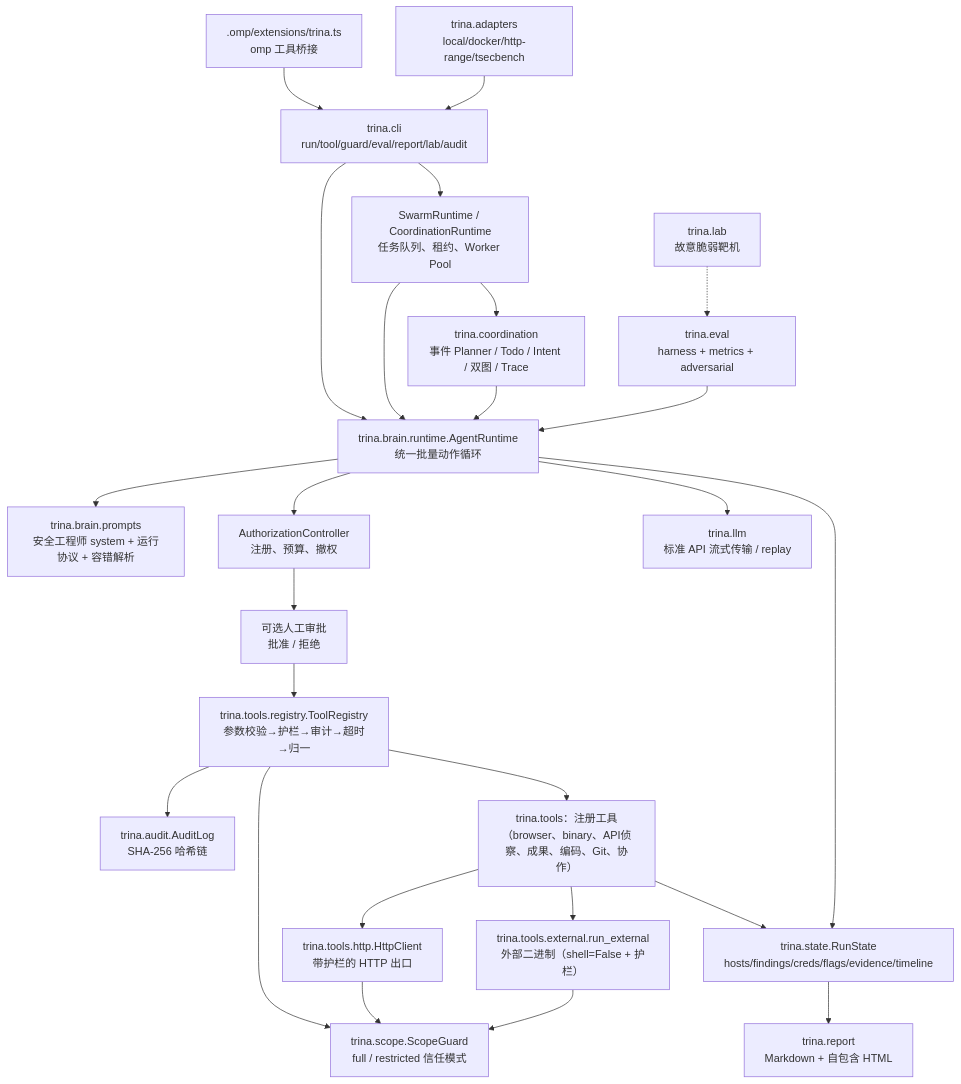
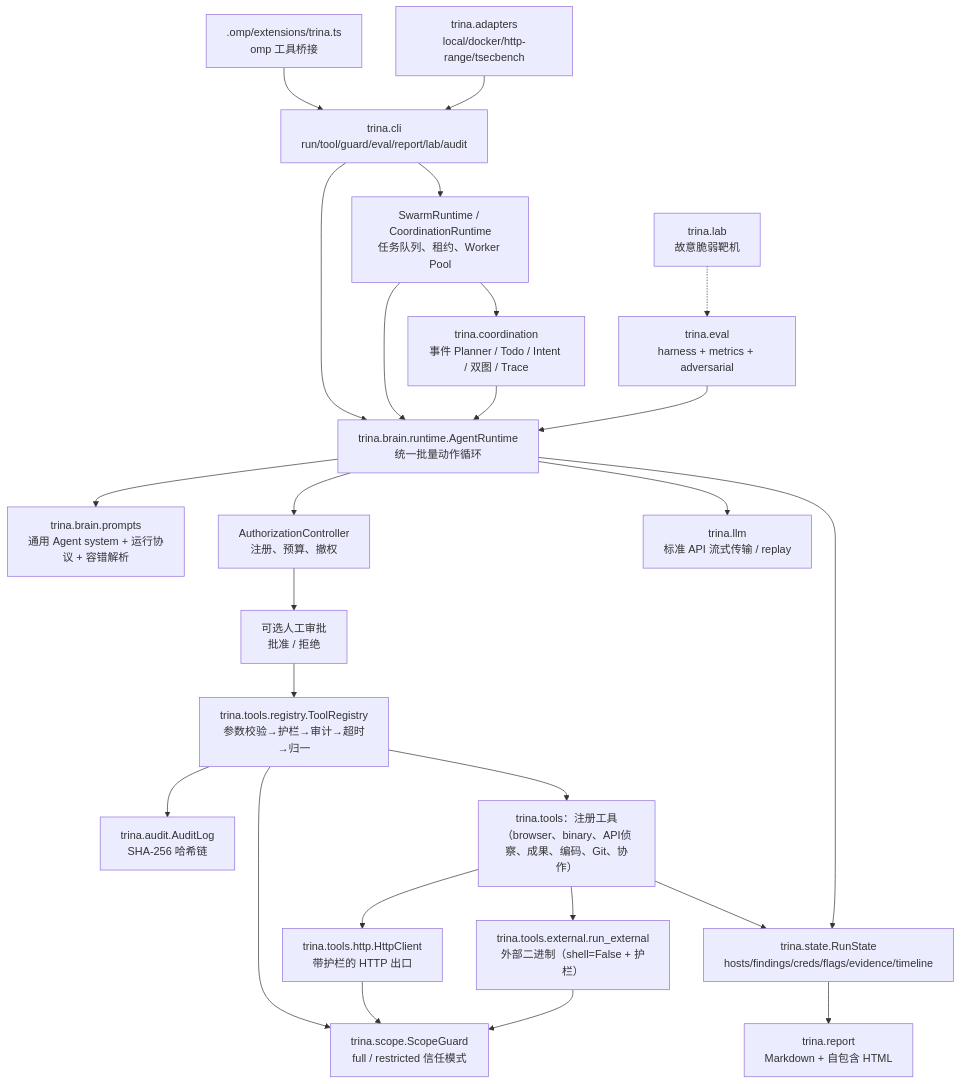
One commit to YHalo-wyh/Trina changed the diagram in docs/ARCHITECTURE.md. Above: the diagram before and after it, drawn with Mermaid. The commit also changed 18 other files, not shown here.

````diff
--- a/docs/ARCHITECTURE.md
+++ b/docs/ARCHITECTURE.md
@@ -13,42 +13,42 @@
 ```mermaid
 flowchart TB
     CLI["trina.cli<br/>run/tool/guard/eval/report/lab/audit"]
     OMPEXT[".omp/extensions/trina.ts<br/>omp 工具桥接"]
     AGENT["trina.brain.runtime.AgentRuntime<br/>统一批量动作循环"]
     SCHED["SwarmRuntime / CoordinationRuntime<br/>任务队列、租约、Worker Pool"]
-    PROMPTS["trina.brain.prompts<br/>安全工程师 system + 运行协议 + 容错解析"]
+    PROMPTS["trina.brain.prompts<br/>通用 Agent system + 运行协议 + 容错解析"]
     POLICY["AuthorizationController<br/>注册、预算、撤权"]
     APPROVAL["可选人工审批<br/>批准 / 拒绝"]
     REG["trina.tools.registry.ToolRegistry<br/>参数校验→护栏→审计→超时→归一"]
     GUARD["trina.scope.ScopeGuard<br/>full / restricted 信任模式"]
     AUDIT["trina.audit.AuditLog<br/>SHA-256 哈希链"]
     STATE["trina.state.RunState<br/>hosts/findings/creds/flags/evidence/timeline"]
     COORD["trina.coordination<br/>事件 Planner / Todo / Intent / 双图 / Trace"]
     TOOLS["trina.tools：注册工具（browser、binary、API侦察、成果、编码、Git、协作）"]
     HTTP["trina.tools.http.HttpClient<br/>带护栏的 HTTP 出口"]
     EXT["trina.tools.external.run_external<br/>外部二进制（shell=False + 护栏）"]
     LLM["trina.llm<br/>标准 API 流式传输 / replay"]
     ADAPT["trina.adapters<br/>local/docker/http-range/tsecbench"]
     EVAL["trina.eval<br/>harness + metrics + adversarial"]
     LAB["trina.lab<br/>故意脆弱靶机"]
     REPORT["trina.report<br/>Markdown + 自包含 HTML"]
 
     CLI --> AGENT
     CLI --> SCHED --> COORD
     OMPEXT --> CLI
     SCHED --> AGENT --> PROMPTS
     AGENT --> LLM
     COORD --> AGENT
     AGENT --> POLICY --> APPROVAL --> REG
     REG --> GUARD
     REG --> AUDIT
     REG --> TOOLS
     TOOLS --> HTTP --> GUARD
     TOOLS --> EXT --> GUARD
     TOOLS --> STATE
     AGENT --> STATE
     STATE --> REPORT
     ADAPT --> CLI
     EVAL --> AGENT
     LAB -.-> EVAL
 ```
````
